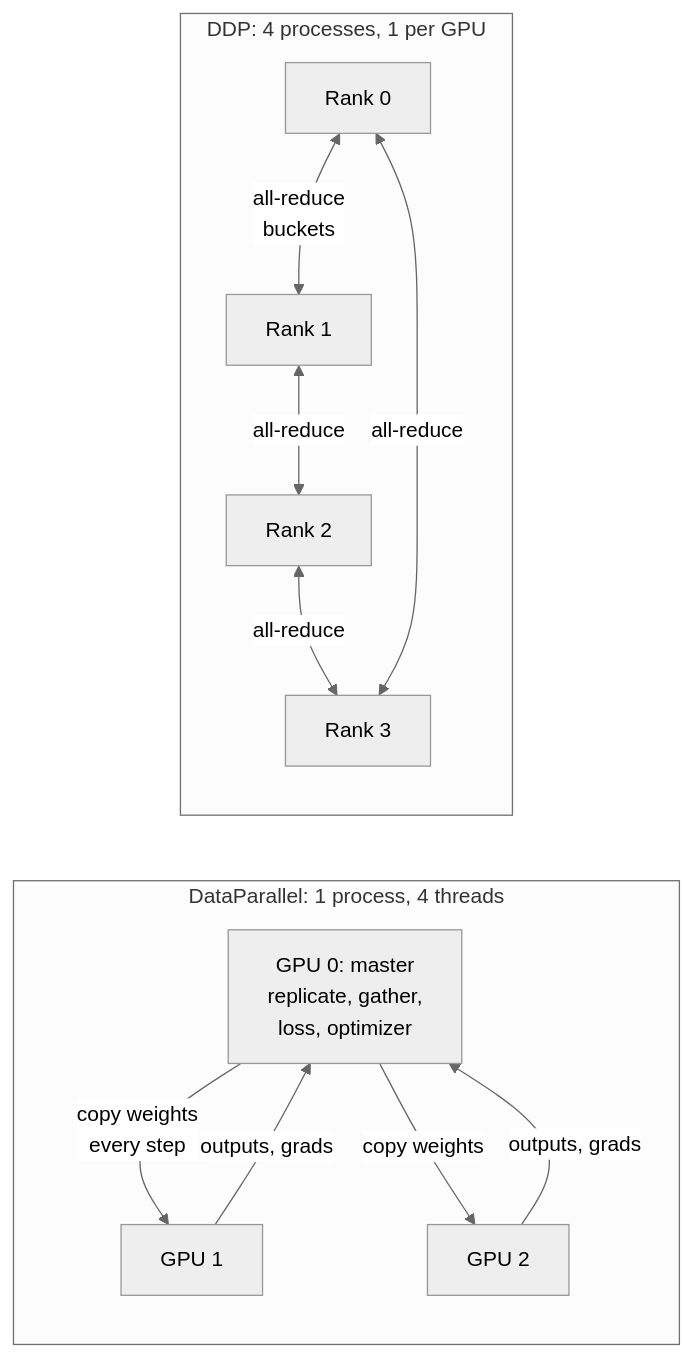
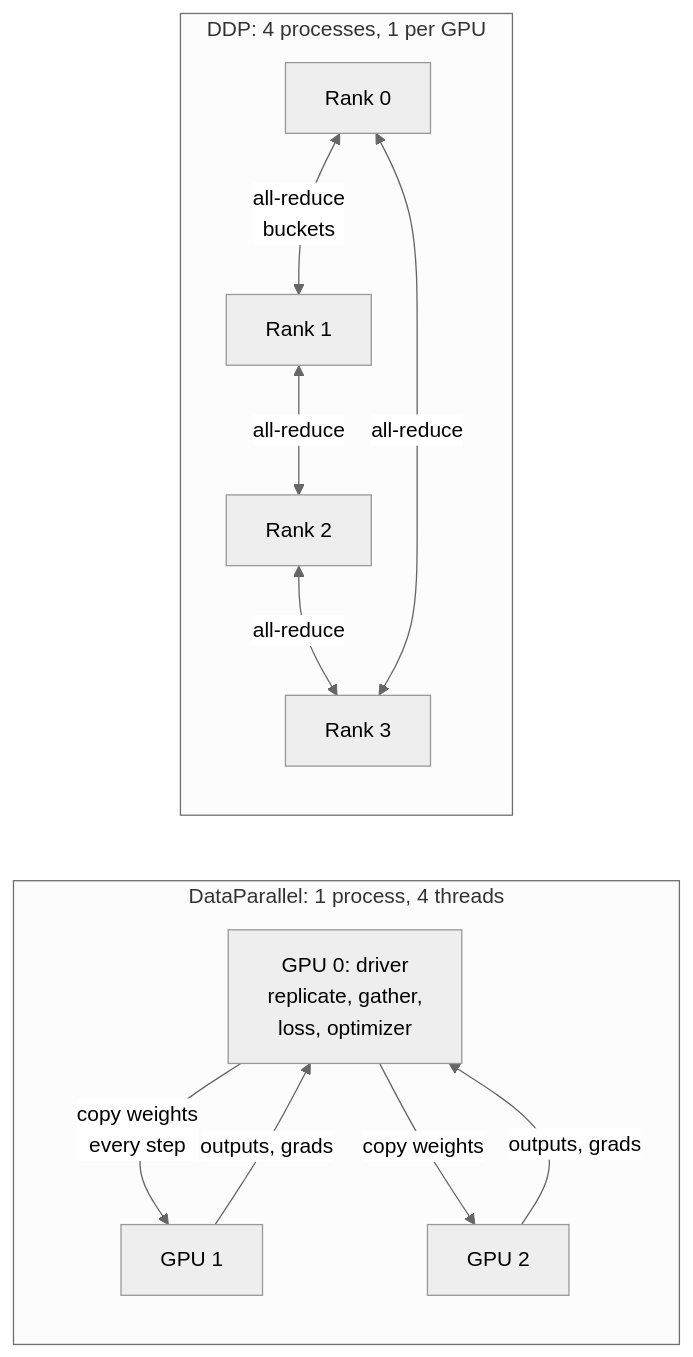
One commit to Sampath1-1-1/System-Design changed the third of 17 diagrams in manuscript/book2-ml-ai/65-distributed-training.md. Above: the diagram before and after it, drawn with Mermaid (neutral theme). The commit also changed other lines of this file, not shown here.

````diff
--- a/manuscript/book2-ml-ai/65-distributed-training.md
+++ b/manuscript/book2-ml-ai/65-distributed-training.md
@@ -207,15 +207,15 @@
 ```mermaid
 flowchart LR
   subgraph DPM["DataParallel: 1 process, 4 threads"]
-    G0["GPU 0: master<br/>replicate, gather,<br/>loss, optimizer"] -->|copy weights<br/>every step| G1[GPU 1]
+    G0["GPU 0: driver<br/>replicate, gather,<br/>loss, optimizer"] -->|copy weights<br/>every step| G1[GPU 1]
     G0 -->|copy weights| G2[GPU 2]
     G1 -->|outputs, grads| G0
     G2 -->|outputs, grads| G0
   end
   subgraph DDPM["DDP: 4 processes, 1 per GPU"]
     R0[Rank 0] <-->|all-reduce<br/>buckets| R1[Rank 1]
     R1 <-->|all-reduce| R2[Rank 2]
     R2 <-->|all-reduce| R3[Rank 3]
     R3 <-->|all-reduce| R0
   end
 ```
````
